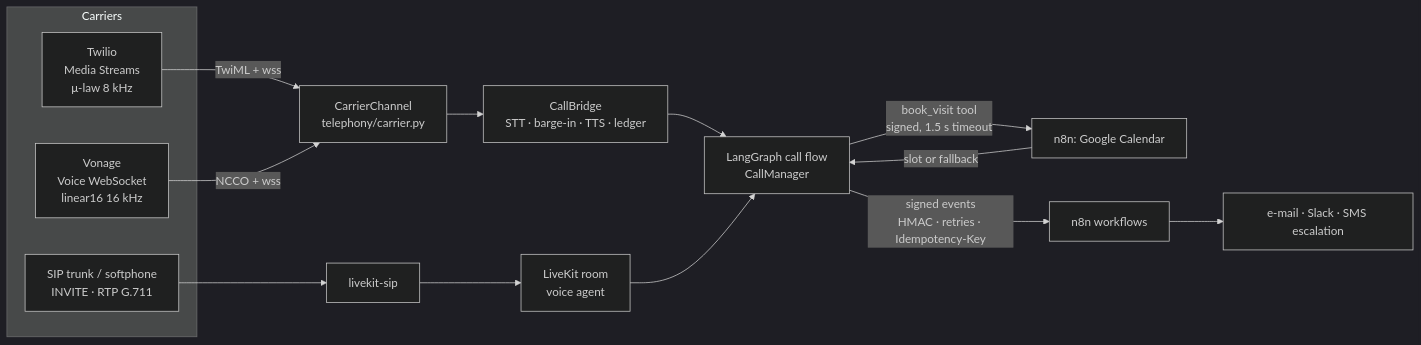
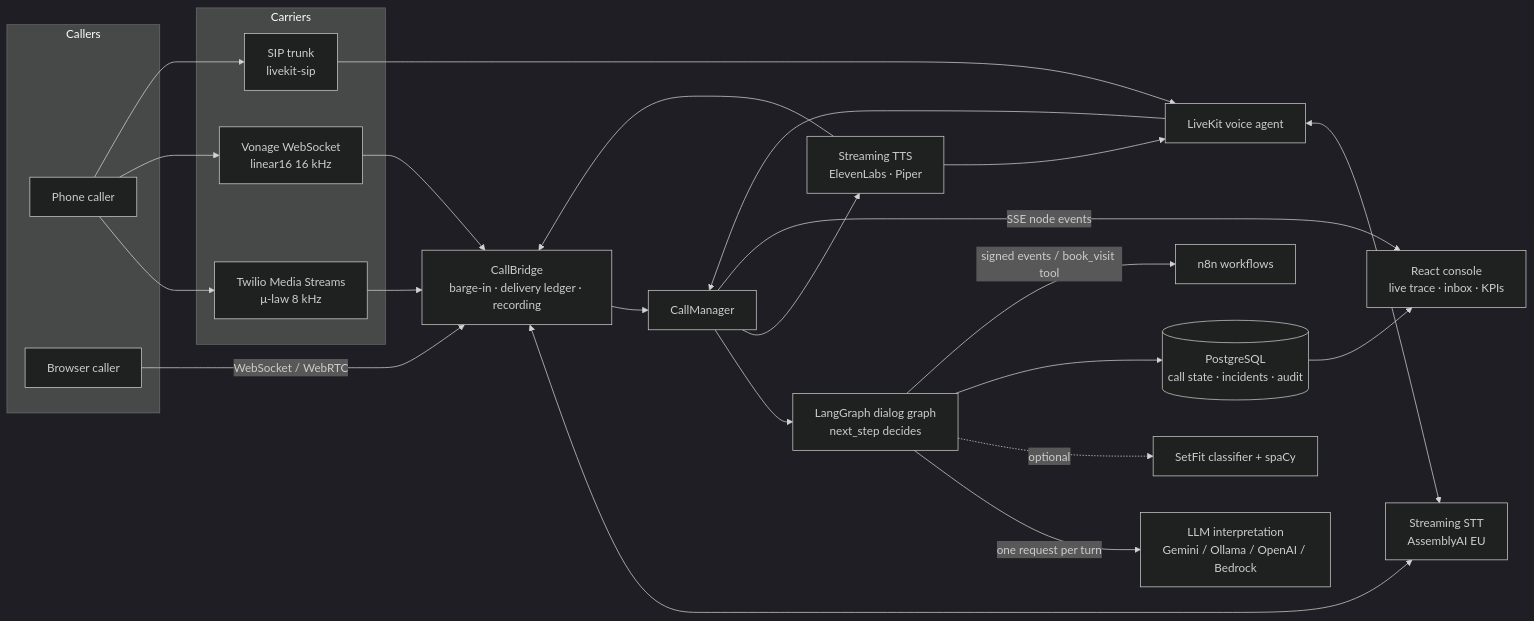
One commit to xBofi/fincall changed the diagram in README.md. Above: the diagram before and after it, drawn with Mermaid (dark theme). The commit also changed other lines of this file and 3 other files, not shown here.

````diff
--- a/README.md
+++ b/README.md
@@ -256,18 +17,28 @@
 ```mermaid
 flowchart LR
+  subgraph Callers
+    PH[Phone caller]
+    BR[Browser caller]
+  end
   subgraph Carriers
-    TW[Twilio<br/>Media Streams<br/>μ-law 8 kHz]
-    VO[Vonage<br/>Voice WebSocket<br/>linear16 16 kHz]
-    SIP[SIP trunk / softphone<br/>INVITE · RTP G.711]
+    TW[Twilio Media Streams<br/>μ-law 8 kHz]
+    VO[Vonage WebSocket<br/>linear16 16 kHz]
+    SIP[SIP trunk<br/>livekit-sip]
   end
-  TW -- TwiML + wss --> CH[CarrierChannel<br/>telephony/carrier.py]
-  VO -- NCCO + wss --> CH
-  SIP --> LKS[livekit-sip] --> LK[LiveKit room<br/>voice agent]
-  CH --> BR[CallBridge<br/>STT · barge-in · TTS · ledger]
-  BR --> G[LangGraph call flow<br/>CallManager]
-  LK --> G
-  G -- book_visit tool<br/>signed, 1.5 s timeout --> N8T[n8n: Google Calendar]
-  N8T -- slot or fallback --> G
-  G -- signed events<br/>HMAC · retries · Idempotency-Key --> N8E[n8n workflows]
-  N8E --> OUT[e-mail · Slack · SMS escalation]
+  PH --> TW & VO & SIP
+  BR -- WebSocket / WebRTC --> BRIDGE
+  TW & VO --> BRIDGE[CallBridge<br/>barge-in · delivery ledger · recording]
+  SIP --> LK[LiveKit voice agent]
+  BRIDGE <--> STT[Streaming STT<br/>AssemblyAI EU]
+  LK <--> STT
+  BRIDGE & LK --> CM[CallManager]
+  CM --> G[LangGraph dialog graph<br/>next_step decides]
+  G -- one request per turn --> LLM[LLM interpretation<br/>Gemini / Ollama / OpenAI / Bedrock]
+  G -. optional .-> NLP[SetFit classifier + spaCy]
+  G --> DB[(PostgreSQL<br/>call state · incidents · audit)]
+  G -- signed events / book_visit tool --> N8N[n8n workflows]
+  CM --> TTS[Streaming TTS<br/>ElevenLabs · Piper]
+  TTS --> BRIDGE & LK
+  DB --> UI[React console<br/>live trace · inbox · KPIs]
+  CM -- SSE node events --> UI
 ```
````
